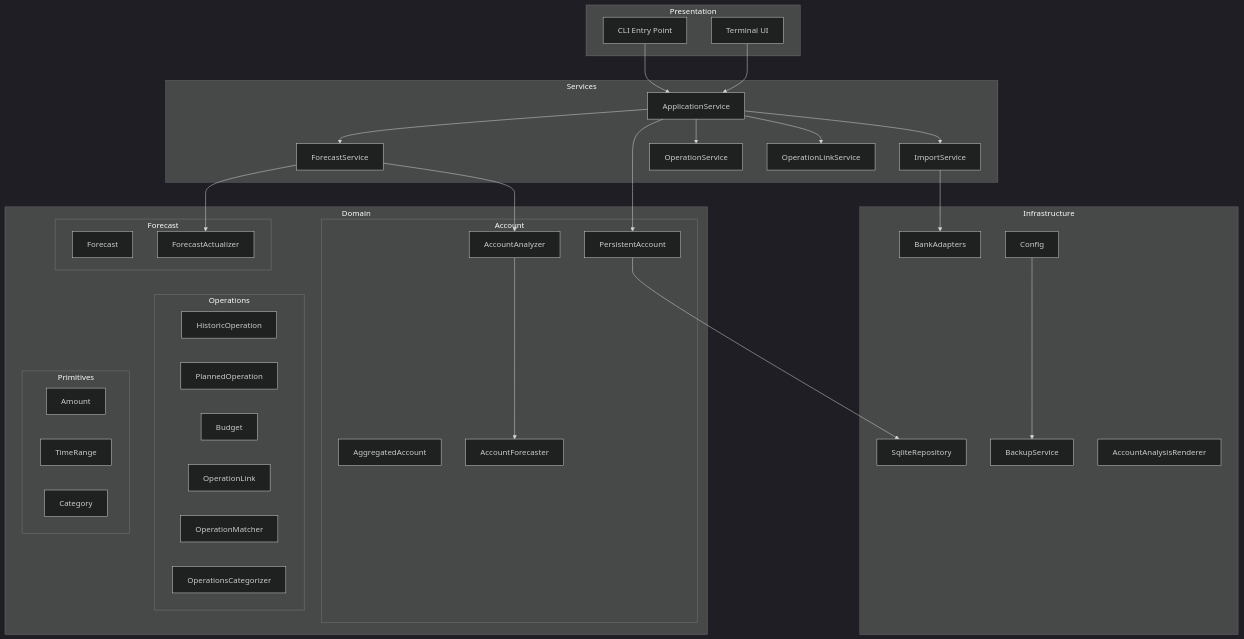
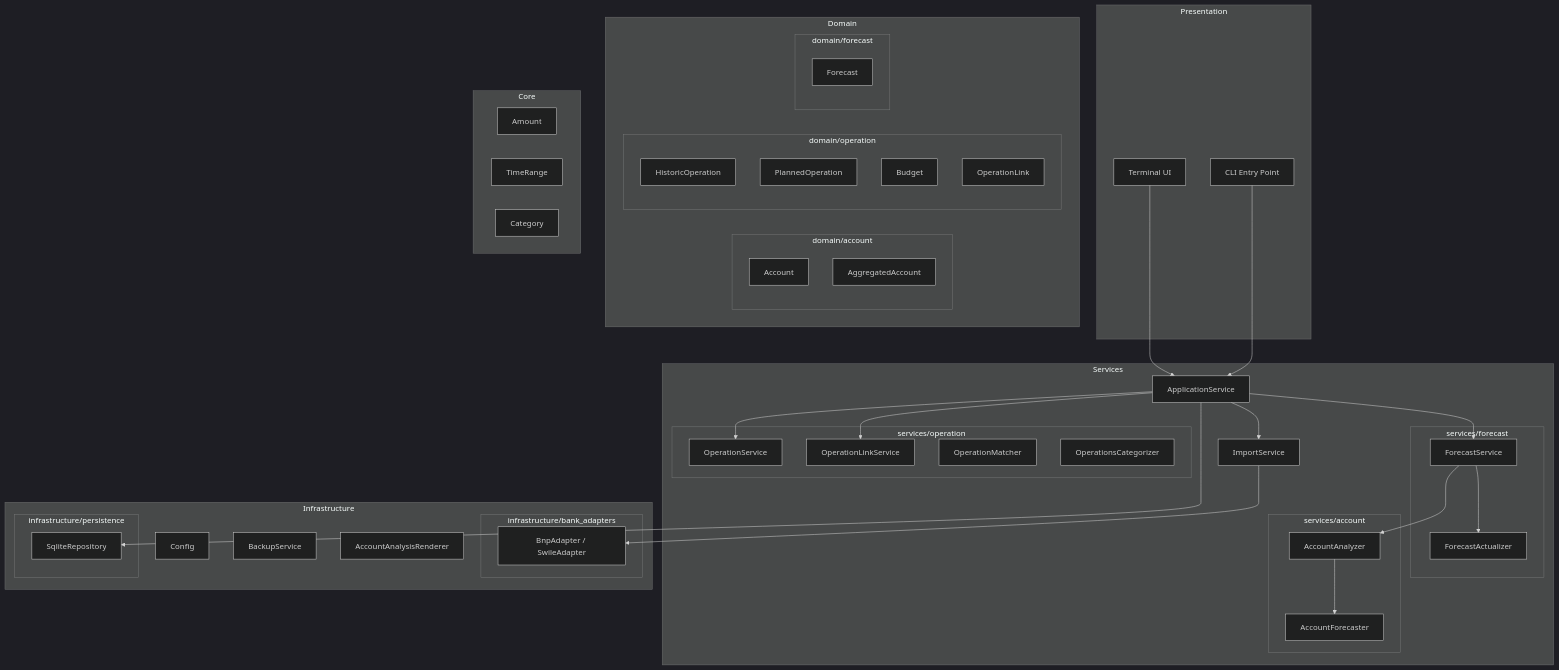
Before and after one commit to corentin-core/budget-forecaster: the diagram in docs/dev/architecture.md, drawn with Mermaid (dark theme). The commit also changed other lines of this file, not shown here.

Commit message:
docs: update architecture.md with layer criteria and current structure (#175)

````diff
--- a/docs/dev/architecture.md
+++ b/docs/dev/architecture.md
@@ -7,66 +20,74 @@
 ```mermaid
 graph TB
     subgraph Presentation
         TUI[Terminal UI]
         CLI[CLI Entry Point]
     end
 
     subgraph Services
         AS[ApplicationService]
-        FS[ForecastService]
+        subgraph services/forecast
+            FS[ForecastService]
+            FA[ForecastActualizer]
+        end
+        subgraph services/account
+            AF[AccountForecaster]
+            AN[AccountAnalyzer]
+        end
+        subgraph services/operation
+            OS[OperationService]
+            OLS[OperationLinkService]
+            OM[OperationMatcher]
+            OC[OperationsCategorizer]
+        end
         IS[ImportService]
-        OS[OperationService]
-        OLS[OperationLinkService]
     end
 
     subgraph Domain
-        subgraph Account
-            PA[PersistentAccount]
+        subgraph domain/account
+            AC[Account]
             AA[AggregatedAccount]
-            AF[AccountForecaster]
-            AN[AccountAnalyzer]
         end
 
-        subgraph Operations
+        subgraph domain/operation
             HO[HistoricOperation]
             PO[PlannedOperation]
             BU[Budget]
             OL[OperationLink]
-            OM[OperationMatcher]
-            OC[OperationsCategorizer]
         end
 
-        subgraph Forecast
+        subgraph domain/forecast
             FC[Forecast]
-            FA[ForecastActualizer]
-        end
-
-        subgraph Primitives
-            AM[Amount]
-            TR[TimeRange]
-            CAT[Category]
         end
     end
 
+    subgraph Core
+        AM[Amount]
+        TR[TimeRange]
+        CAT[Category]
+    end
+
     subgraph Infrastructure
-        BA[BankAdapters]
-        SR[SqliteRepository]
+        subgraph infrastructure/bank_adapters
+            BA[BnpAdapter / SwileAdapter]
+        end
+        subgraph infrastructure/persistence
+            SR[SqliteRepository]
+        end
         CFG[Config]
         BK[BackupService]
         RND[AccountAnalysisRenderer]
     end
 
     TUI --> AS
     CLI --> AS
     AS --> FS
     AS --> IS
     AS --> OS
     AS --> OLS
     FS --> FA
     FS --> AN
     IS --> BA
-    AS --> PA
-    PA --> SR
+    AS --> SR
     AN --> AF
-    CFG --> BK
 ```
````
